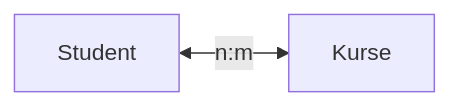
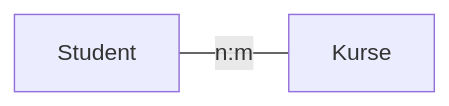
The diagram in src/site/notes/02 - RESOURCES/Notes/n zu m.md (U-L-M-S/digital-garden), drawn with Mermaid before and after one commit. The commit also changed other lines of this file and 2 other files, not shown here.

Commit message:
Published multiple files

````diff
--- a/src/site/notes/02 - RESOURCES/Notes/n zu m.md
+++ b/src/site/notes/02 - RESOURCES/Notes/n zu m.md
@@ -306,5 +306,4 @@
 ```mermaid
 flowchart LR
-    Student <-- n:m --> Kurse
-
+    Student ---|n:m| Kurse
 ```
````
